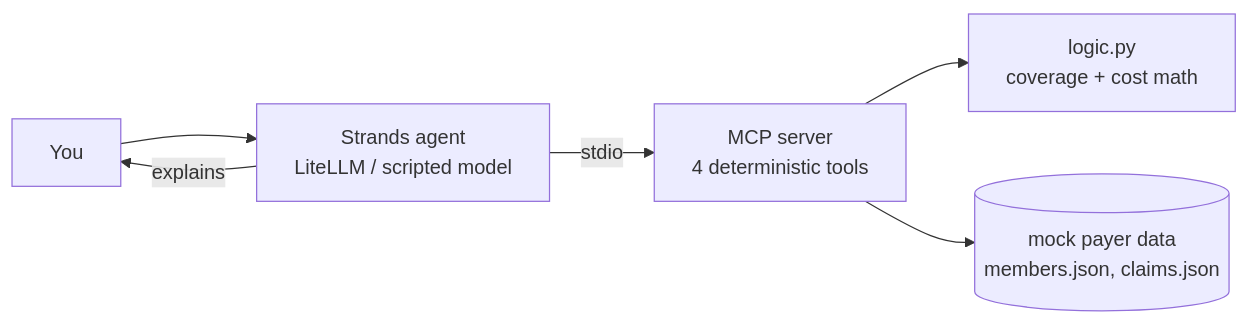
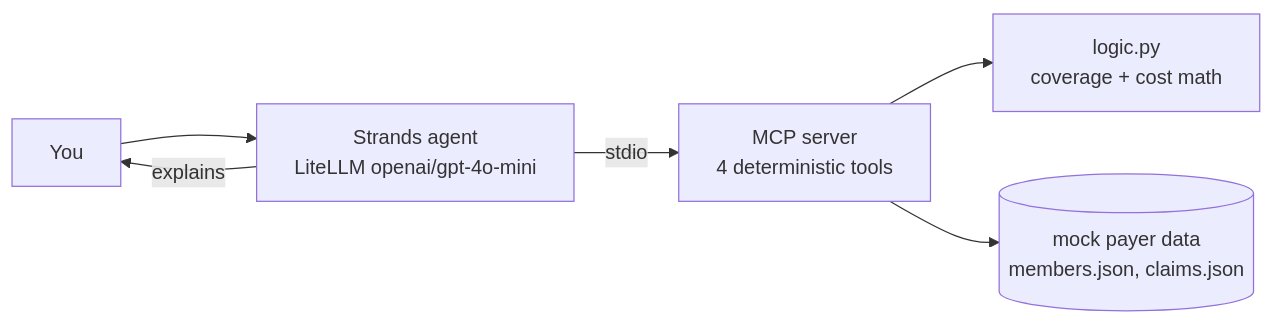
Before and after one commit to balasaikunapareddi/agent-eligibility-claims: the diagram in README.md, drawn with Mermaid. The commit also changed other lines of this file and 6 other files, not shown here.

First line of the commit message:
Real OpenAI by default: make demo runs LiteLLM gpt-4o-mini

````diff
--- a/README.md
+++ b/README.md
@@ -39,8 +39,8 @@
 ```mermaid
 flowchart LR
-    U[You] --> A[Strands agent\nLiteLLM / scripted model]
+    U[You] --> A[Strands agent\nLiteLLM openai/gpt-4o-mini]
     A -->|stdio| M[MCP server\n4 deterministic tools]
     M --> L[logic.py\ncoverage + cost math]
     M --> D[(mock payer data\nmembers.json, claims.json)]
     A -->|explains| U
 ```
````
